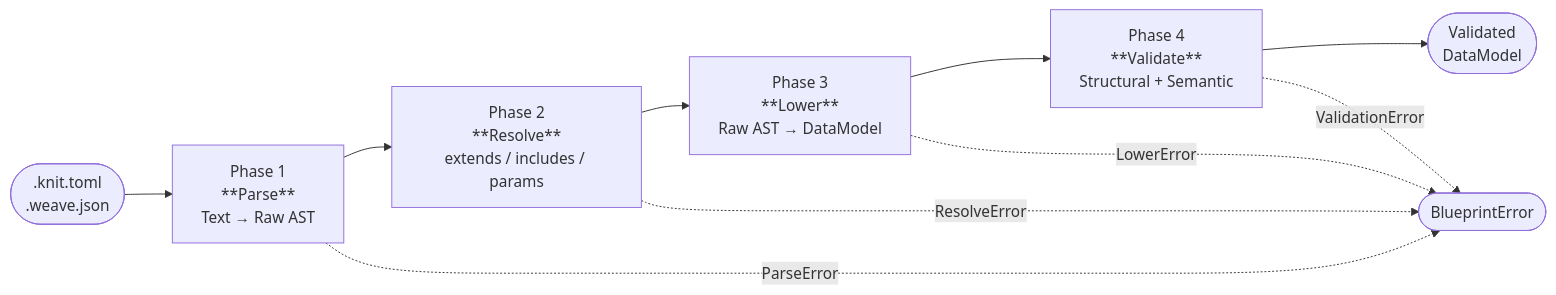
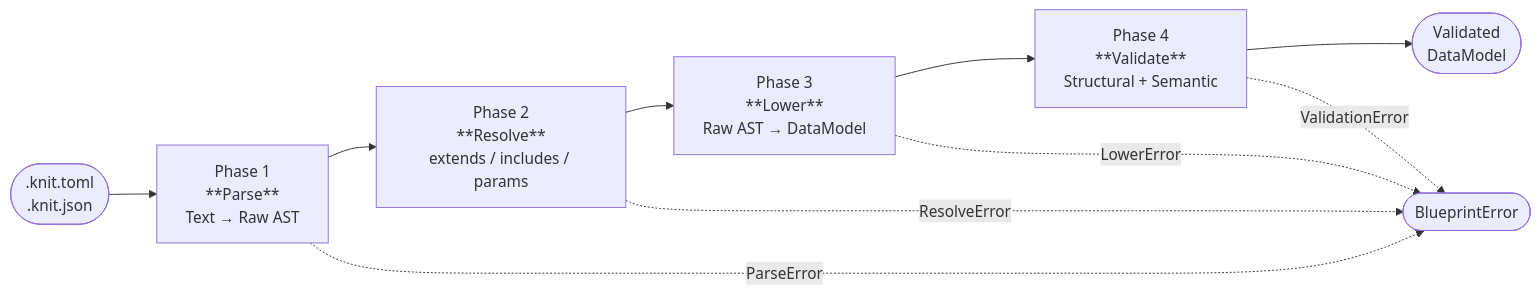
One commit to Yaming-Hub/knit changed the first of 4 diagrams in docs/design-blueprint.md. Above: the diagram before and after it, drawn with Mermaid. The commit also changed other lines of this file and 19 other files, not shown here.

````diff
--- a/docs/design-blueprint.md
+++ b/docs/design-blueprint.md
@@ -96,13 +96,13 @@
 ```mermaid
 flowchart LR
-    input([".knit.toml\n.weave.json"]) --> parse["Phase 1\n**Parse**\nText → Raw AST"]
+    input([".knit.toml\n.knit.json"]) --> parse["Phase 1\n**Parse**\nText → Raw AST"]
     parse --> resolve["Phase 2\n**Resolve**\nextends / includes / params"]
     resolve --> lower["Phase 3\n**Lower**\nRaw AST → DataModel"]
     lower --> validate["Phase 4\n**Validate**\nStructural + Semantic"]
     validate --> output(["Validated\nDataModel"])
 
     parse -.->|"ParseError"| errors([BlueprintError])
     resolve -.->|"ResolveError"| errors
     lower -.->|"LowerError"| errors
     validate -.->|"ValidationError"| errors
 ```
````
